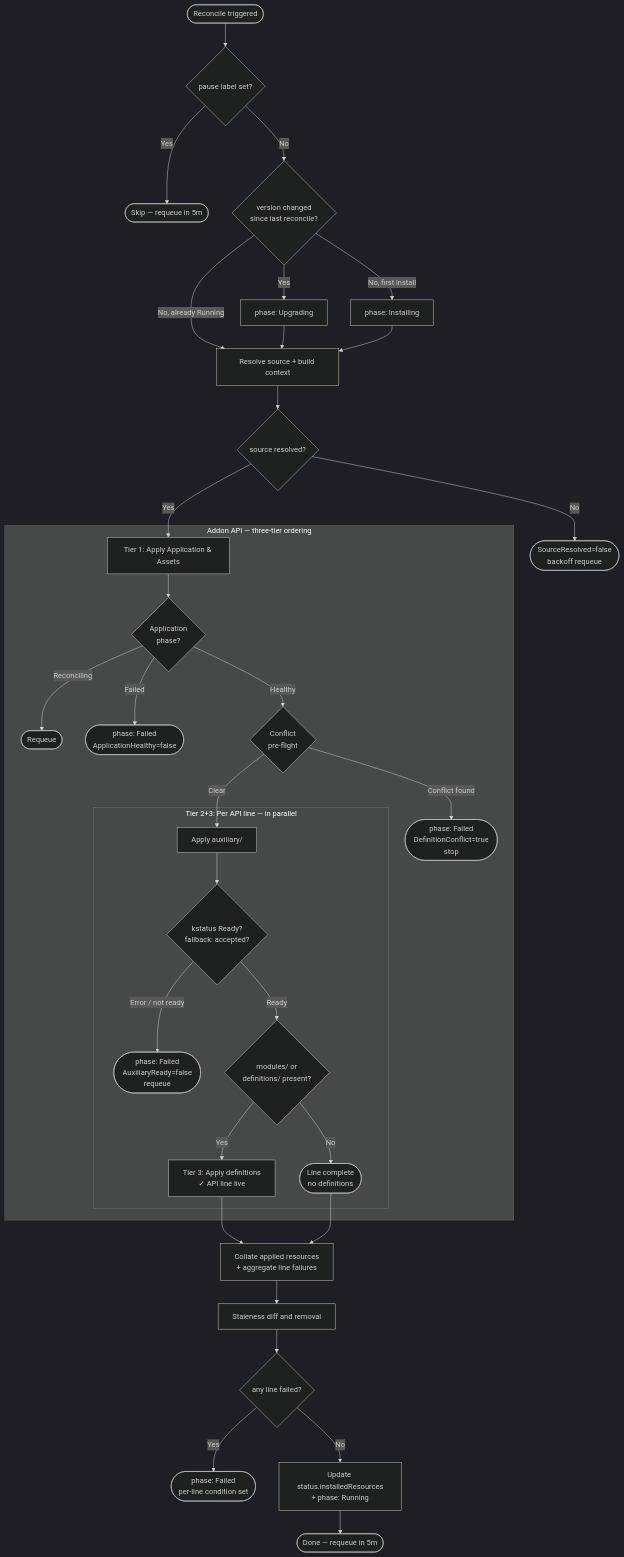
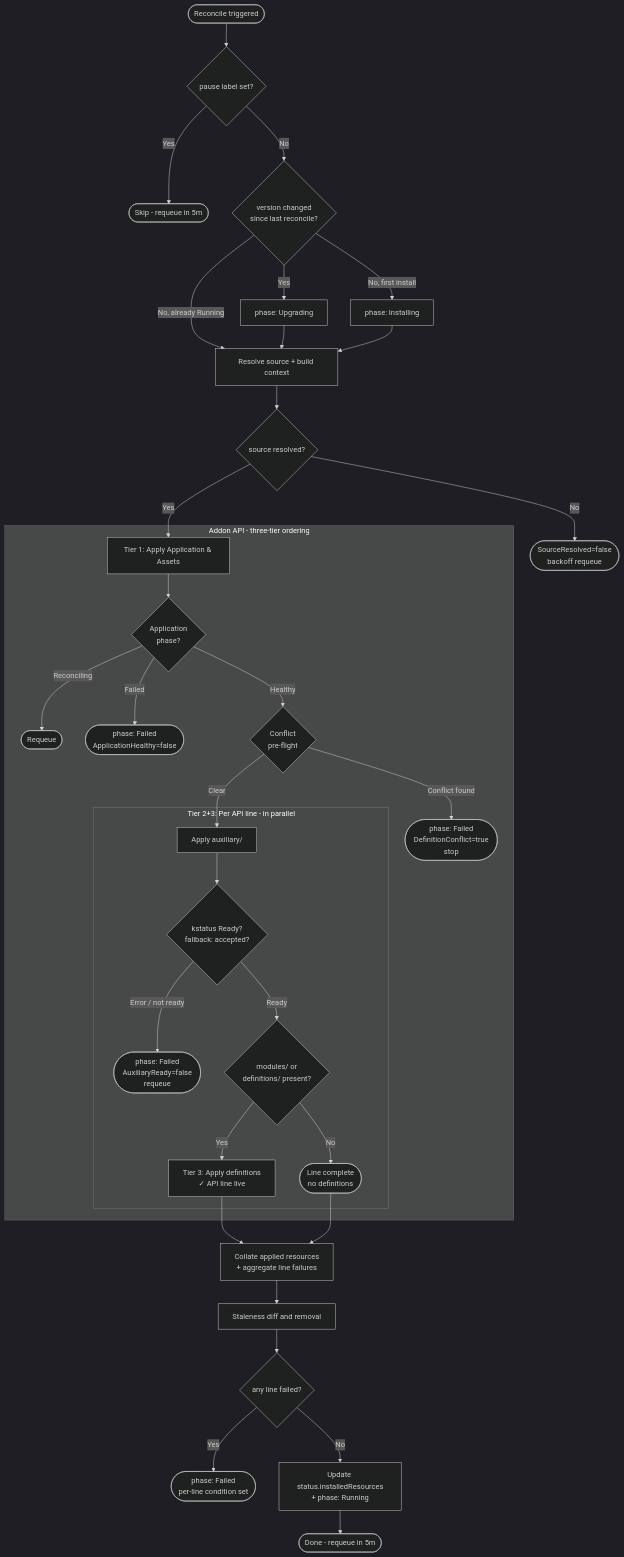
One commit to kubevela/kubevela changed the second of 4 diagrams in design/vela-core/keps/2.13-addons/README.md. Above: the diagram before and after it, drawn with Mermaid (dark theme). The commit also changed other lines of this file and 2 other files, not shown here.

````diff
--- a/design/vela-core/keps/2.13-addons/README.md
+++ b/design/vela-core/keps/2.13-addons/README.md
@@ -153,39 +155,39 @@
 ```mermaid
 flowchart TD
     A([Reconcile triggered]) --> PAUSE{pause label set?}
-    PAUSE -->|Yes| SKIP([Skip — requeue in 5m])
+    PAUSE -->|Yes| SKIP([Skip - requeue in 5m])
     PAUSE -->|No| B{version changed<br/>since last reconcile?}
     B -->|Yes| PU[phase: Upgrading]
     B -->|No, first install| PI[phase: Installing]
     B -->|No, already Running| C
     PU --> C
     PI --> C
     C[Resolve source + build context] --> SRCOK{source resolved?}
     SRCOK -->|No| SRCFAIL([SourceResolved=false<br/>backoff requeue])
     SRCOK -->|Yes| G
 
-    subgraph install["Addon API — three-tier ordering"]
+    subgraph install["Addon API - three-tier ordering"]
         G[Tier 1: Apply Application & Assets] --> H{Application<br/>phase?}
         H -->|Reconciling| REQUEUE([Requeue])
         H -->|Failed| FAIL1([phase: Failed<br/>ApplicationHealthy=false])
         H -->|Healthy| CF{Conflict<br/>pre-flight}
         CF -->|Conflict found| CFAIL([phase: Failed<br/>DefinitionConflict=true<br/>stop])
         CF -->|Clear| I
-        subgraph lines["Tier 2+3: Per API line — in parallel"]
+        subgraph lines["Tier 2+3: Per API line - in parallel"]
             I[Apply auxiliary/] --> J{kstatus Ready?<br/>fallback: accepted?}
             J -->|Error / not ready| FAIL2([phase: Failed<br/>AuxiliaryReady=false<br/>requeue])
             J -->|Ready| K{modules/ or<br/>definitions/ present?}
             K -->|Yes| DEF[Tier 3: Apply definitions<br/>✓ API line live]
             K -->|No| NODEFS([Line complete<br/>no definitions])
         end
     end
 
     DEF --> L[Collate applied resources<br/>+ aggregate line failures]
     NODEFS --> L
     L --> M[Staleness diff and removal]
     M --> N{any line failed?}
     N -->|Yes| PFAIL([phase: Failed<br/>per-line condition set])
     N -->|No| PRUN[Update status.installedResources<br/>+ phase: Running]
     PRUN --> O
-    O([Done — requeue in 5m])
+    O([Done - requeue in 5m])
 ```
````
